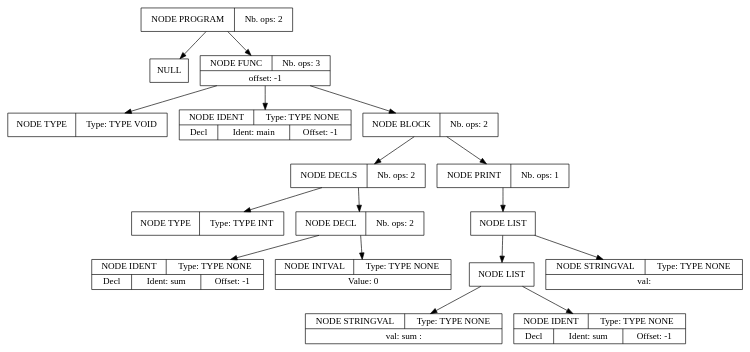
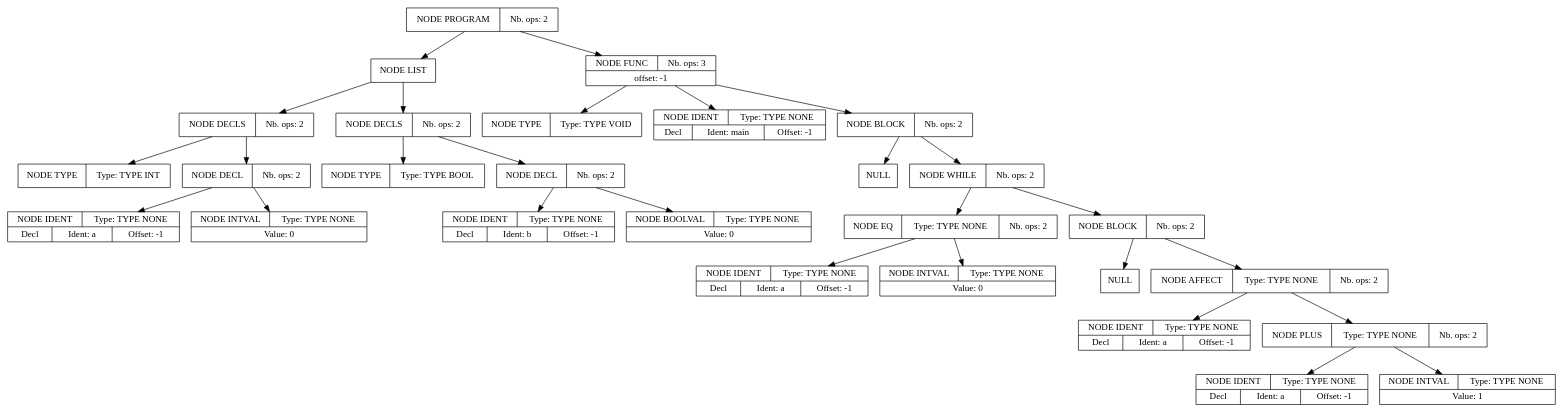
Before and after one commit to utrobert2/CompilateurCool: the diagram in apres_syntaxe.dot, drawn with Graphviz. The commit also changed 14 other files, not shown here.

```diff
--- a/apres_syntaxe.dot
+++ b/apres_syntaxe.dot
@@ -1,51 +1,84 @@
 digraph global_vars {
     N1 [shape=record, label="{{NODE PROGRAM|Nb. ops: 2}}"];
-    N2 [shape=record, label="{{NULL}}"];
+    N2 [shape=record, label="{{NODE LIST}}"];
+    N3 [shape=record, label="{{NODE DECLS|Nb. ops: 2}}"];
+    N4 [shape=record, label="{{NODE TYPE|Type: TYPE INT}}"];
+    edge[tailclip=true];
+    N3 -> N4
+    N5 [shape=record, label="{{NODE DECL|Nb. ops: 2}}"];
+    N6 [shape=record, label="{{NODE IDENT|Type: TYPE NONE}|{<decl>Decl      |Ident: a|Offset: -1}}"];
+    edge[tailclip=true];
+    N5 -> N6
+    N7 [shape=record, label="{{NODE INTVAL|Type: TYPE NONE}|{Value: 0}}"];
+    edge[tailclip=true];
+    N5 -> N7
+    edge[tailclip=true];
+    N3 -> N5
+    edge[tailclip=true];
+    N2 -> N3
+    N8 [shape=record, label="{{NODE DECLS|Nb. ops: 2}}"];
+    N9 [shape=record, label="{{NODE TYPE|Type: TYPE BOOL}}"];
+    edge[tailclip=true];
+    N8 -> N9
+    N10 [shape=record, label="{{NODE DECL|Nb. ops: 2}}"];
+    N11 [shape=record, label="{{NODE IDENT|Type: TYPE NONE}|{<decl>Decl      |Ident: b|Offset: -1}}"];
+    edge[tailclip=true];
+    N10 -> N11
+    N12 [shape=record, label="{{NODE BOOLVAL|Type: TYPE NONE}|{Value: 0}}"];
+    edge[tailclip=true];
+    N10 -> N12
+    edge[tailclip=true];
+    N8 -> N10
+    edge[tailclip=true];
+    N2 -> N8
     edge[tailclip=true];
     N1 -> N2
-    N3 [shape=record, label="{{NODE FUNC|Nb. ops: 3}|{offset: -1}}"];
-    N4 [shape=record, label="{{NODE TYPE|Type: TYPE VOID}}"];
-    edge[tailclip=true];
-    N3 -> N4
-    N5 [shape=record, label="{{NODE IDENT|Type: TYPE NONE}|{<decl>Decl      |Ident: main|Offset: -1}}"];
-    edge[tailclip=true];
-    N3 -> N5
-    N6 [shape=record, label="{{NODE BLOCK|Nb. ops: 2}}"];
-    N7 [shape=record, label="{{NODE DECLS|Nb. ops: 2}}"];
-    N8 [shape=record, label="{{NODE TYPE|Type: TYPE INT}}"];
-    edge[tailclip=true];
-    N7 -> N8
-    N9 [shape=record, label="{{NODE DECL|Nb. ops: 2}}"];
-    N10 [shape=record, label="{{NODE IDENT|Type: TYPE NONE}|{<decl>Decl      |Ident: sum|Offset: -1}}"];
-    edge[tailclip=true];
-    N9 -> N10
-    N11 [shape=record, label="{{NODE INTVAL|Type: TYPE NONE}|{Value: 0}}"];
-    edge[tailclip=true];
-    N9 -> N11
-    edge[tailclip=true];
-    N7 -> N9
-    edge[tailclip=true];
-    N6 -> N7
-    N12 [shape=record, label="{{NODE PRINT|Nb. ops: 1}}"];
-    N13 [shape=record, label="{{NODE LIST}}"];
-    N14 [shape=record, label="{{NODE LIST}}"];
-    N15 [shape=record, label="{{NODE STRINGVAL|Type: TYPE NONE}|{val:  sum : }}"];
-    edge[tailclip=true];
-    N14 -> N15
-    N16 [shape=record, label="{{NODE IDENT|Type: TYPE NONE}|{<decl>Decl      |Ident: sum|Offset: -1}}"];
-    edge[tailclip=true];
-    N14 -> N16
+    N13 [shape=record, label="{{NODE FUNC|Nb. ops: 3}|{offset: -1}}"];
+    N14 [shape=record, label="{{NODE TYPE|Type: TYPE VOID}}"];
     edge[tailclip=true];
     N13 -> N14
-    N17 [shape=record, label="{{NODE STRINGVAL|Type: TYPE NONE}|{val: \n}}"];
+    N15 [shape=record, label="{{NODE IDENT|Type: TYPE NONE}|{<decl>Decl      |Ident: main|Offset: -1}}"];
     edge[tailclip=true];
-    N13 -> N17
+    N13 -> N15
+    N16 [shape=record, label="{{NODE BLOCK|Nb. ops: 2}}"];
+    N17 [shape=record, label="{{NULL}}"];
     edge[tailclip=true];
-    N12 -> N13
+    N16 -> N17
+    N18 [shape=record, label="{{NODE WHILE|Nb. ops: 2}}"];
+    N19 [shape=record, label="{{NODE EQ|Type: TYPE NONE|Nb. ops: 2}}"];
+    N20 [shape=record, label="{{NODE IDENT|Type: TYPE NONE}|{<decl>Decl      |Ident: a|Offset: -1}}"];
     edge[tailclip=true];
-    N6 -> N12
+    N19 -> N20
+    N21 [shape=record, label="{{NODE INTVAL|Type: TYPE NONE}|{Value: 0}}"];
     edge[tailclip=true];
-    N3 -> N6
+    N19 -> N21
     edge[tailclip=true];
-    N1 -> N3
+    N18 -> N19
+    N22 [shape=record, label="{{NODE BLOCK|Nb. ops: 2}}"];
+    N23 [shape=record, label="{{NULL}}"];
+    edge[tailclip=true];
+    N22 -> N23
+    N24 [shape=record, label="{{NODE AFFECT|Type: TYPE NONE|Nb. ops: 2}}"];
+    N25 [shape=record, label="{{NODE IDENT|Type: TYPE NONE}|{<decl>Decl      |Ident: a|Offset: -1}}"];
+    edge[tailclip=true];
+    N24 -> N25
+    N26 [shape=record, label="{{NODE PLUS|Type: TYPE NONE|Nb. ops: 2}}"];
+    N27 [shape=record, label="{{NODE IDENT|Type: TYPE NONE}|{<decl>Decl      |Ident: a|Offset: -1}}"];
+    edge[tailclip=true];
+    N26 -> N27
+    N28 [shape=record, label="{{NODE INTVAL|Type: TYPE NONE}|{Value: 1}}"];
+    edge[tailclip=true];
+    N26 -> N28
+    edge[tailclip=true];
+    N24 -> N26
+    edge[tailclip=true];
+    N22 -> N24
+    edge[tailclip=true];
+    N18 -> N22
+    edge[tailclip=true];
+    N16 -> N18
+    edge[tailclip=true];
+    N13 -> N16
+    edge[tailclip=true];
+    N1 -> N13
 }
```
